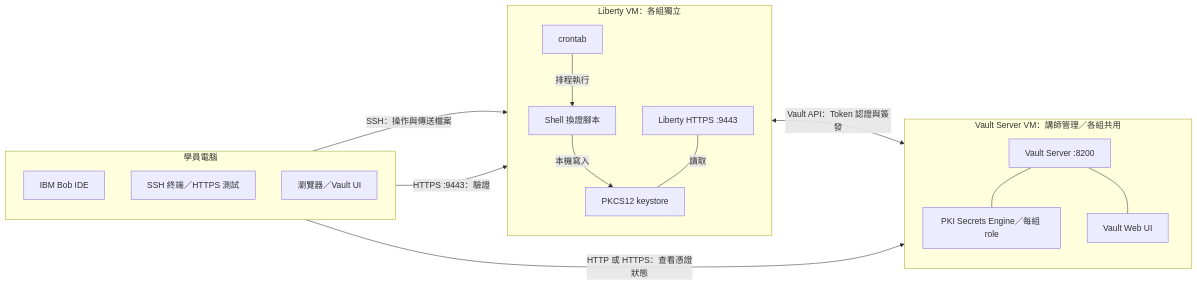
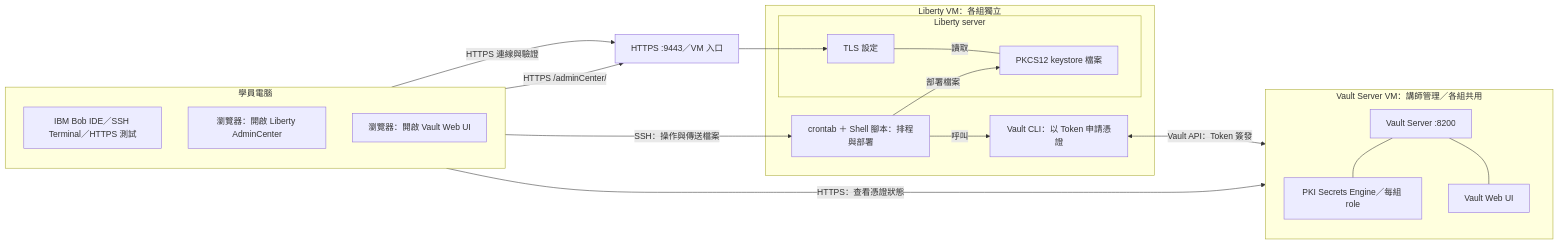
The diagram in topics/vault-liberty-clm/parts/part-2-vault-shell.md (icewater30012/bob-workshop-spop), drawn with Mermaid before and after one commit. The commit also changed 14 other files, not shown here.

Commit message:
docs: redraw Part 1-4 architecture diagrams, add AdminCenter browser access

````diff
--- a/topics/vault-liberty-clm/parts/part-2-vault-shell.md
+++ b/topics/vault-liberty-clm/parts/part-2-vault-shell.md
@@ -9,31 +9,35 @@
 ```mermaid
 flowchart LR
   subgraph STUDENT["學員電腦"]
     direction TB
-    B["IBM Bob IDE"]
-    T["SSH 終端／HTTPS 測試"]
-    U["瀏覽器／Vault UI"]
+    B["IBM Bob IDE／SSH Terminal／HTTPS 測試"]
+    A1["瀏覽器：開啟 Liberty AdminCenter"]
+    U["瀏覽器：開啟 Vault Web UI"]
   end
+  E["HTTPS :9443／VM 入口"]
   subgraph LIBERTY["Liberty VM：各組獨立"]
-    direction TB
-  C["crontab"]
-  S["Shell 換證腳本"]
-  K["PKCS12 keystore"]
-  L["Liberty HTTPS :9443"]
-  C -->|排程執行| S
-  S -->|本機寫入| K
-  L ---|讀取| K
+    C["crontab ＋ Shell 腳本：排程與部署"]
+    VC["Vault CLI：以 Token 申請憑證"]
+    subgraph APP["Liberty server"]
+      L["TLS 設定"]
+      K["PKCS12 keystore 檔案"]
+      L ---|讀取| K
+    end
+    C -->|呼叫| VC
+    C -->|部署檔案| K
   end
-  T -->|SSH：操作與傳送檔案| S
-  T -->|HTTPS :9443：驗證| L
   subgraph VAULT["Vault Server VM：講師管理／各組共用"]
     direction TB
     V["Vault Server :8200"]
     P["PKI Secrets Engine／每組 role"]
     W["Vault Web UI"]
     V --- P
     V --- W
   end
-  S <-->|Vault API：Token 認證與簽發| V
-  U -->|HTTP 或 HTTPS：查看憑證狀態| W
+  B -->|SSH：操作與傳送檔案| C
+  B -->|HTTPS 連線與驗證| E
+  A1 -->|HTTPS /adminCenter/| E
+  VC <-->|Vault API：Token 簽發| V
+  U -->|HTTPS：查看憑證狀態| W
+  E --> L
 ```
````
